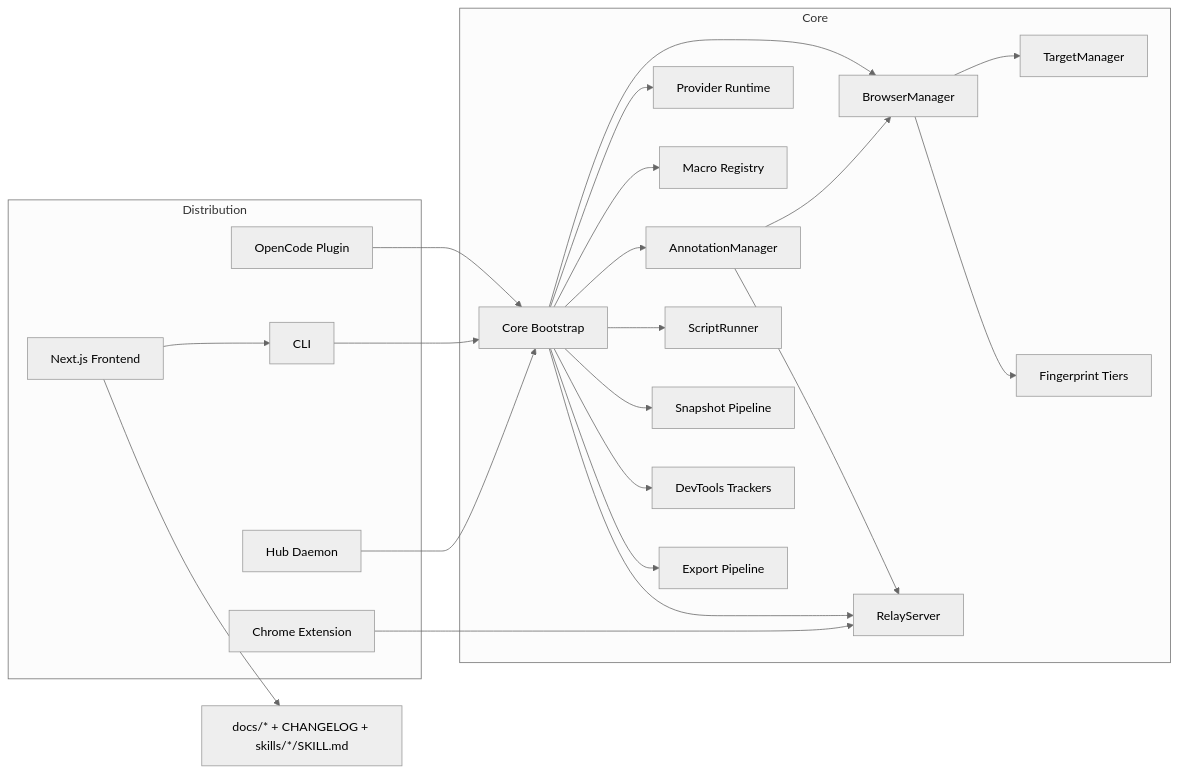
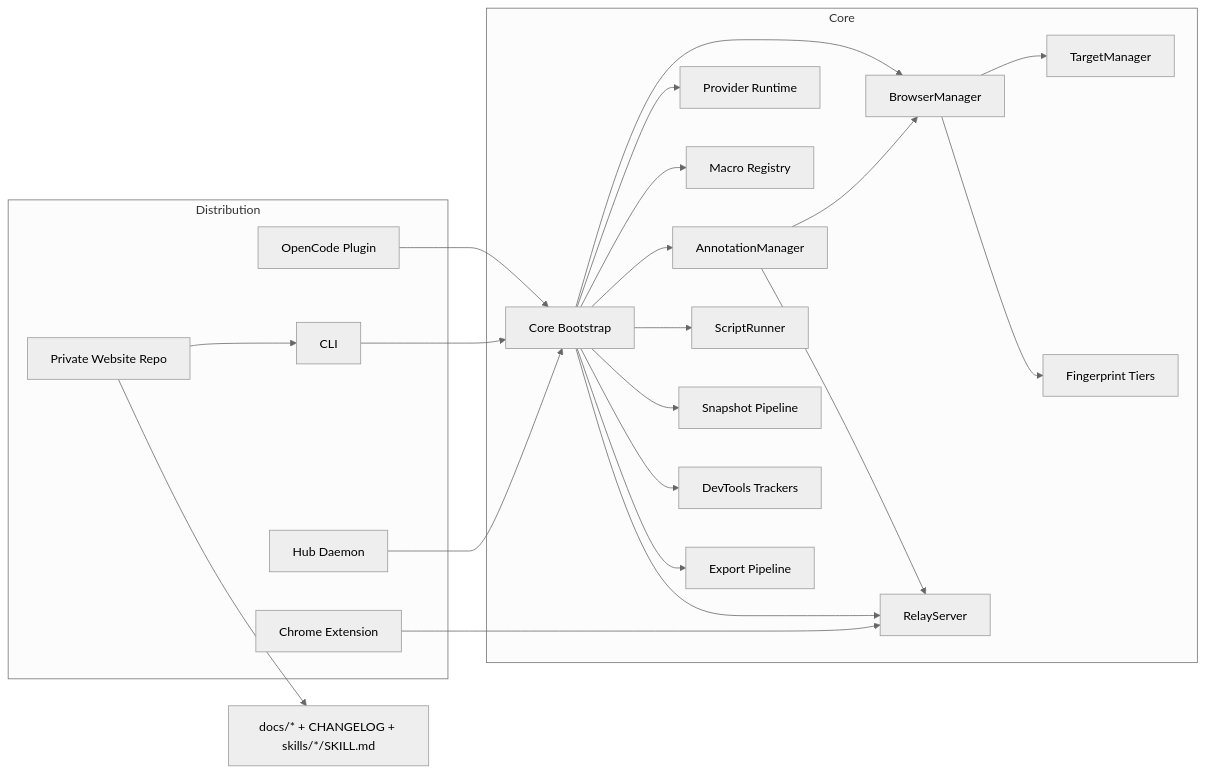
One commit to freshtechbro/opendevbrowser changed the first of 4 diagrams in docs/ARCHITECTURE.md. Above: the diagram before and after it, drawn with Mermaid (neutral theme). The commit also changed other lines of this file and 15 other files, not shown here.

````diff
--- a/docs/ARCHITECTURE.md
+++ b/docs/ARCHITECTURE.md
@@ -79,46 +79,46 @@
 ```mermaid
 flowchart LR
   subgraph Distribution
     Plugin[OpenCode Plugin]
     CLI[CLI]
     Hub[Hub Daemon]
     Extension[Chrome Extension]
-    Frontend[Next.js Frontend]
+    Frontend[Private Website Repo]
   end
 
   subgraph Core
     CoreBootstrap[Core Bootstrap]
     BrowserManager[BrowserManager]
     TargetManager[TargetManager]
     ProviderRuntime[Provider Runtime]
     MacroRegistry[Macro Registry]
     Fingerprint[Fingerprint Tiers]
     AnnotationManager[AnnotationManager]
     ScriptRunner[ScriptRunner]
     Snapshotter[Snapshot Pipeline]
     Devtools[DevTools Trackers]
     Exporter[Export Pipeline]
     Relay[RelayServer]
   end
 
   Plugin --> CoreBootstrap
   CLI --> CoreBootstrap
   Hub --> CoreBootstrap
   Extension --> Relay
   Frontend --> CLI
   Frontend --> Docs[docs/* + CHANGELOG + skills/*/SKILL.md]
 
   CoreBootstrap --> BrowserManager
   BrowserManager --> TargetManager
   CoreBootstrap --> ProviderRuntime
   CoreBootstrap --> MacroRegistry
   BrowserManager --> Fingerprint
   CoreBootstrap --> AnnotationManager
   AnnotationManager --> BrowserManager
   AnnotationManager --> Relay
   CoreBootstrap --> ScriptRunner
   CoreBootstrap --> Snapshotter
   CoreBootstrap --> Devtools
   CoreBootstrap --> Exporter
   CoreBootstrap --> Relay
 ```
````
